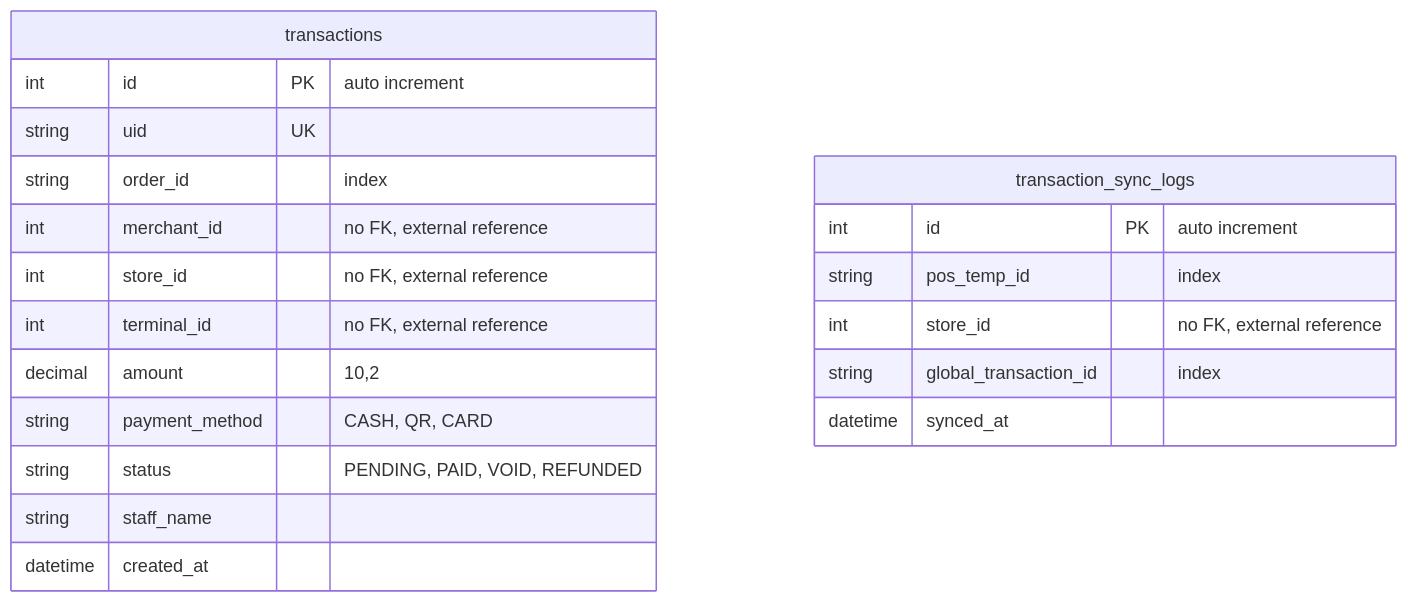
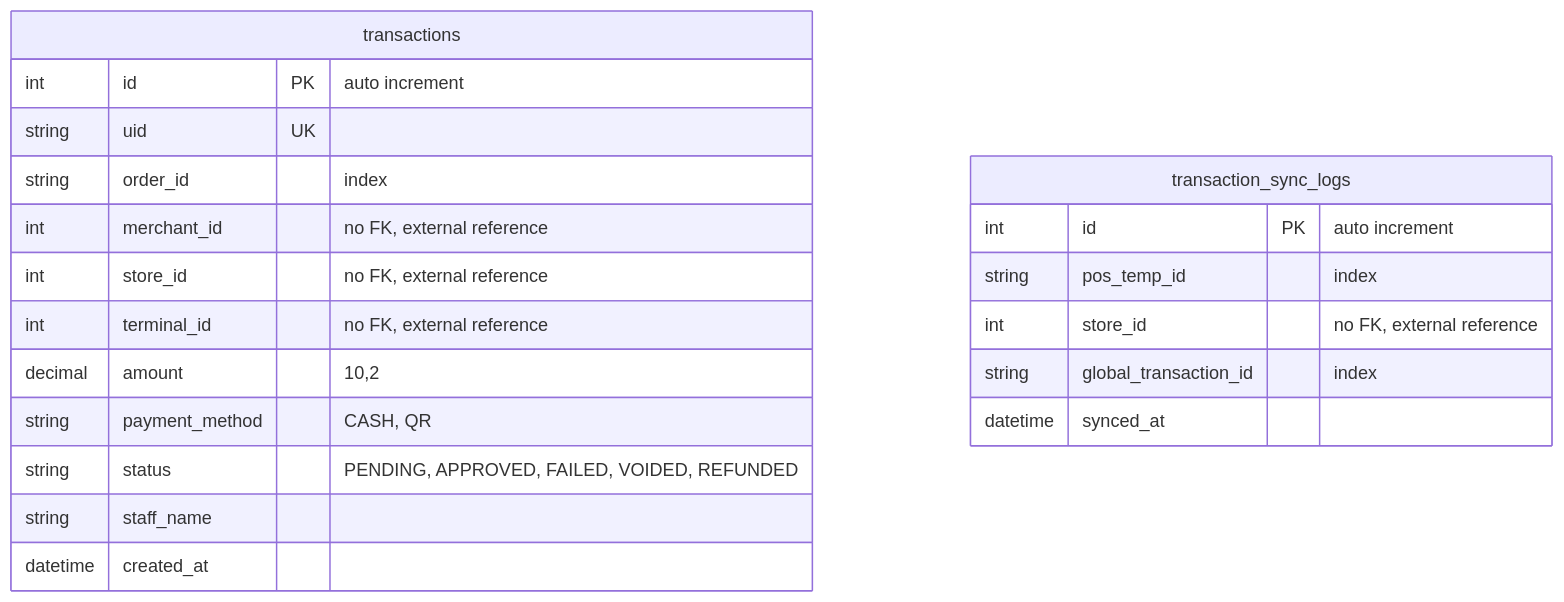
One commit to apisit110/pos-center changed the diagram in docs/portal/erdiagram/transaction-management.md. Above: the diagram before and after it, drawn with Mermaid. The commit also changed 124 other files, not shown here.

````diff
--- a/docs/portal/erdiagram/transaction-management.md
+++ b/docs/portal/erdiagram/transaction-management.md
@@ -1,24 +1,24 @@
 ```mermaid
 erDiagram
     transactions {
         int id PK "auto increment"
         string uid UK
         string order_id "index"
         int merchant_id "no FK, external reference"
         int store_id "no FK, external reference"
         int terminal_id "no FK, external reference"
         decimal amount "10,2"
-        string payment_method "CASH, QR, CARD"
-        string status "PENDING, PAID, VOID, REFUNDED"
+        string payment_method "CASH, QR"
+        string status "PENDING, APPROVED, FAILED, VOIDED, REFUNDED"
         string staff_name
         datetime created_at
     }
 
     transaction_sync_logs {
         int id PK "auto increment"
         string pos_temp_id "index"
         int store_id "no FK, external reference"
         string global_transaction_id "index"
         datetime synced_at
     }
 ```
````
